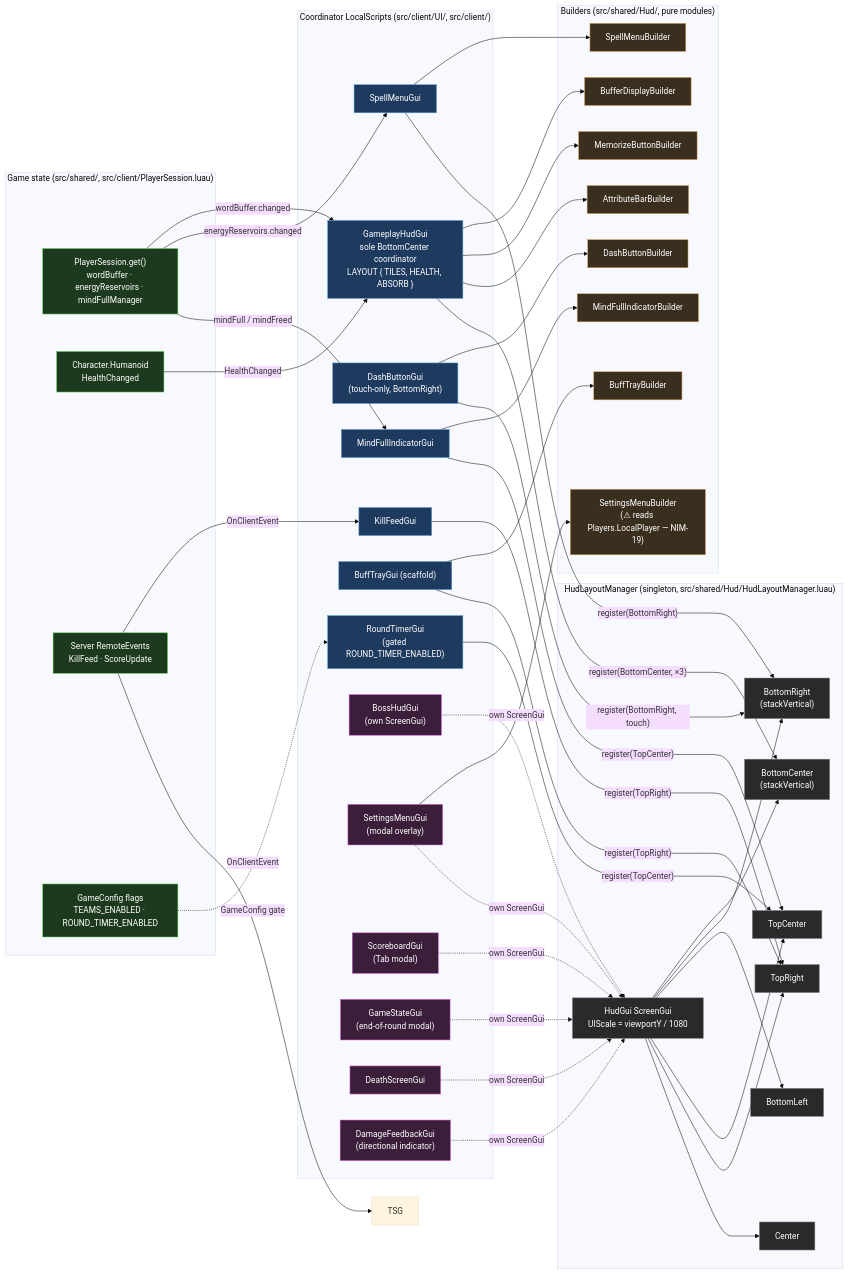
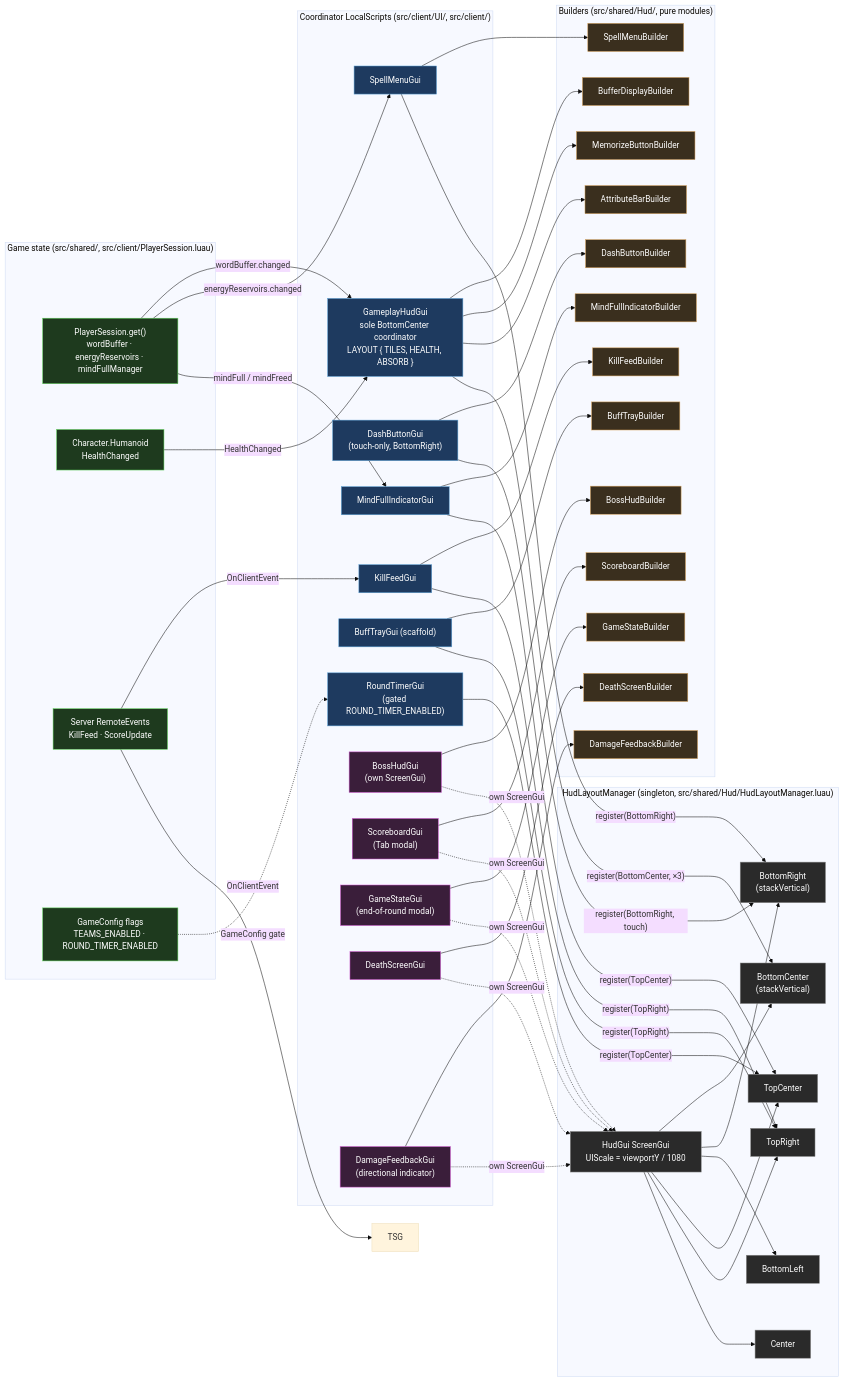
One commit to Lukizanda/brain-fighter changed the diagram in wiki/systems/HUD.md. Above: the diagram before and after it, drawn with Mermaid (base theme). The commit also changed other lines of this file and 5 other files, not shown here.

First line of the commit message:
docs(hud): document chunk 12 — HUD ports, settings cut, LAYERS

```diff
--- a/wiki/systems/HUD.md
+++ b/wiki/systems/HUD.md
@@ -47,7 +47,6 @@
     BTG["BuffTrayGui (scaffold)"]:::coord
     RTG["RoundTimerGui<br/>(gated ROUND_TIMER_ENABLED)"]:::coord
     BHG["BossHudGui<br/>(own ScreenGui)"]:::modal
-    SMGUI["SettingsMenuGui<br/>(modal overlay)"]:::modal
     SBG["ScoreboardGui<br/>(Tab modal)"]:::modal
     GSG["GameStateGui<br/>(end-of-round modal)"]:::modal
     DSG["DeathScreenGui"]:::modal
@@ -62,7 +61,12 @@
     MFB["MindFullIndicatorBuilder"]:::builder
     DBB["DashButtonBuilder"]:::builder
     BTB["BuffTrayBuilder"]:::builder
-    STB["SettingsMenuBuilder<br/>(⚠ reads Players.LocalPlayer — NIM-19)"]:::builder
+    DSB["DeathScreenBuilder"]:::builder
+    DAFB["DamageFeedbackBuilder"]:::builder
+    GSB["GameStateBuilder"]:::builder
+    SCB["ScoreboardBuilder"]:::builder
+    BHB["BossHudBuilder"]:::builder
+    KFB["KillFeedBuilder"]:::builder
   end
 
   %% --- coordinator → builder ---
@@ -71,7 +75,12 @@
   DBG --> DBB
   MFI --> MFB
   BTG --> BTB
-  SMGUI --> STB
+  DSG --> DSB
+  DFG --> DAFB
+  GSG --> GSB
+  SBG --> SCB
+  BHG --> BHB
+  KFG --> KFB
 
   %% --- coordinator → HudLayoutManager region ---
   GHUD -- "register(BottomCenter, ×3)" --> BC
@@ -84,7 +93,6 @@
 
   %% --- modal / own-ScreenGui (bypass HudLayoutManager) ---
   BHG -.->|own ScreenGui| HM
-  SMGUI -.->|own ScreenGui| HM
   SBG -.->|own ScreenGui| HM
   GSG -.->|own ScreenGui| HM
   DSG -.->|own ScreenGui| HM
```
